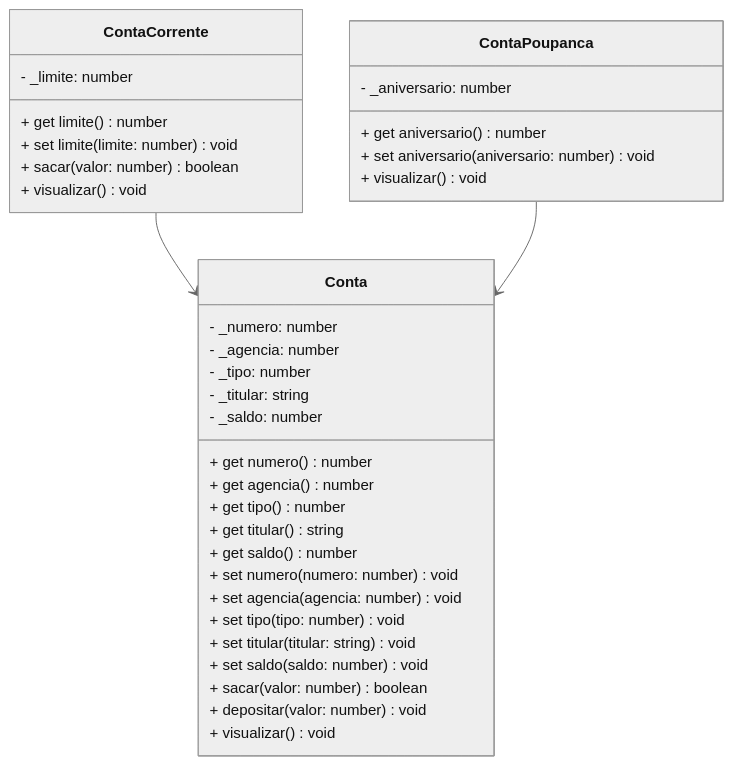
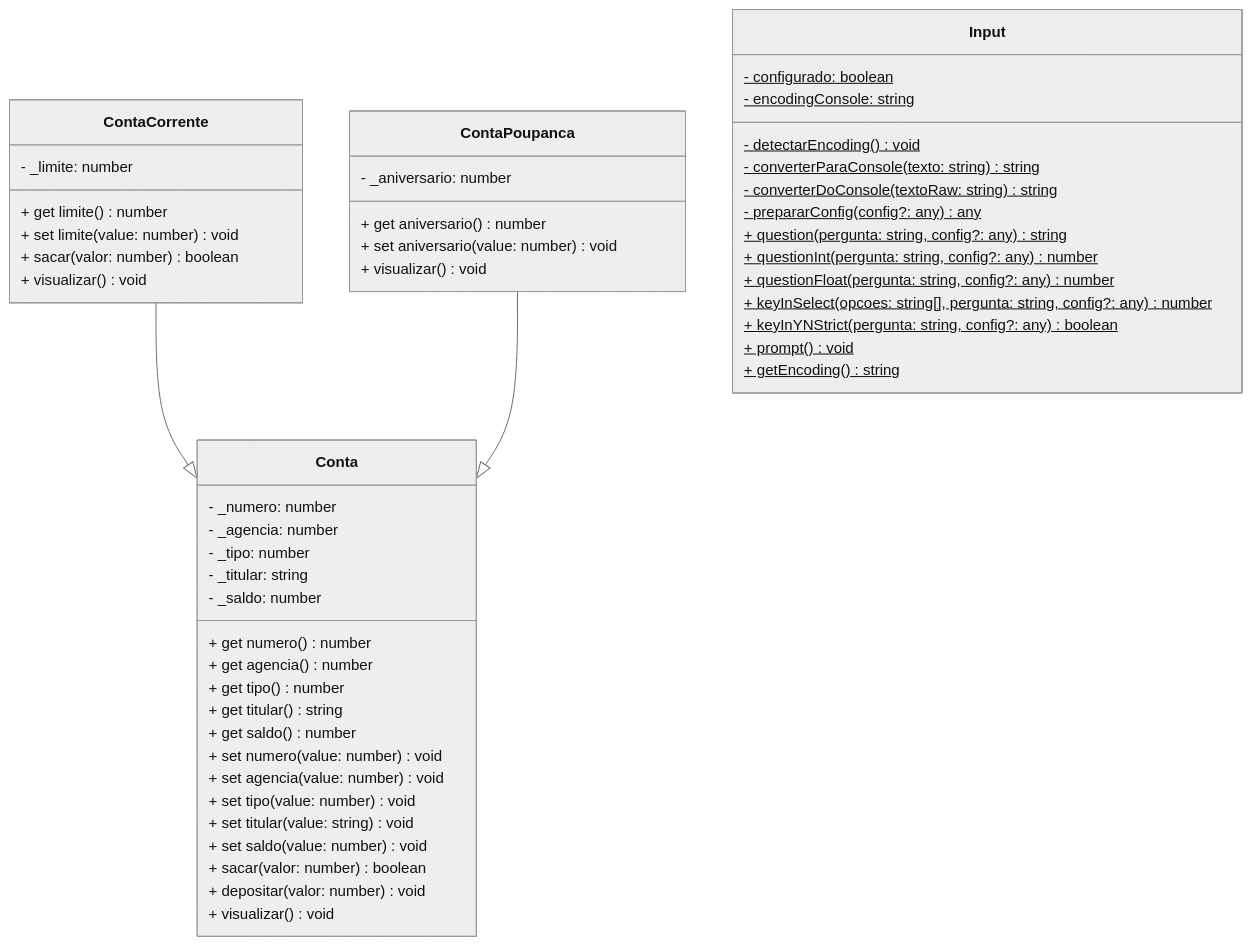
The diagram in README.md (sofiasbrinas/nexus-banking), drawn with Mermaid (neutral theme) before and after one commit. The commit also changed other lines of this file, not shown here.

````diff
--- a/README.md
+++ b/README.md
@@ -90,38 +84,53 @@
 ```mermaid
 classDiagram
 class Conta {
   - _numero: number
   - _agencia: number
   - _tipo: number
   - _titular: string
   - _saldo: number
   + get numero() number
   + get agencia() number
   + get tipo() number
   + get titular() string
   + get saldo() number
-  + set numero(numero: number) void
-  + set agencia(agencia: number) void
-  + set tipo(tipo: number) void
-  + set titular(titular: string) void
-  + set saldo(saldo: number) void
+  + set numero(value: number) void
+  + set agencia(value: number) void
+  + set tipo(value: number) void
+  + set titular(value: string) void
+  + set saldo(value: number) void
   + sacar(valor: number) boolean
   + depositar(valor: number) void
   + visualizar() void
 }
 class ContaCorrente {
   - _limite: number
   + get limite() number
-  + set limite(limite: number) void
+  + set limite(value: number) void
   + sacar(valor: number) boolean
   + visualizar() void
 }
 class ContaPoupanca {
   - _aniversario: number
   + get aniversario() number
-  + set aniversario(aniversario: number) void
+  + set aniversario(value: number) void
   + visualizar() void
 }
-ContaCorrente --> Conta
-ContaPoupanca --> Conta
+class Input {
+  - configurado: boolean$
+  - encodingConsole: string$
+  - detectarEncoding()$ void
+  - converterParaConsole(texto: string)$ string
+  - converterDoConsole(textoRaw: string)$ string
+  - prepararConfig(config?: any)$ any
+  + question(pergunta: string, config?: any)$ string
+  + questionInt(pergunta: string, config?: any)$ number
+  + questionFloat(pergunta: string, config?: any)$ number
+  + keyInSelect(opcoes: string[], pergunta: string, config?: any)$ number
+  + keyInYNStrict(pergunta: string, config?: any)$ boolean
+  + prompt()$ void
+  + getEncoding()$ string
+}
+ContaCorrente --|> Conta
+ContaPoupanca --|> Conta
 ```
````
